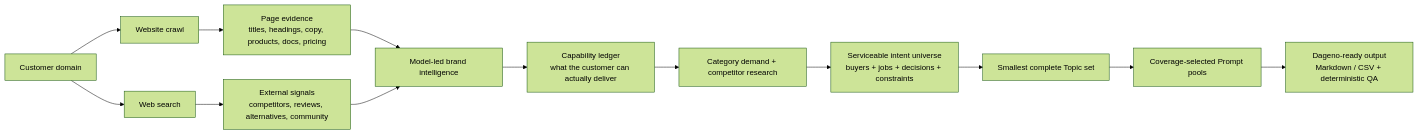
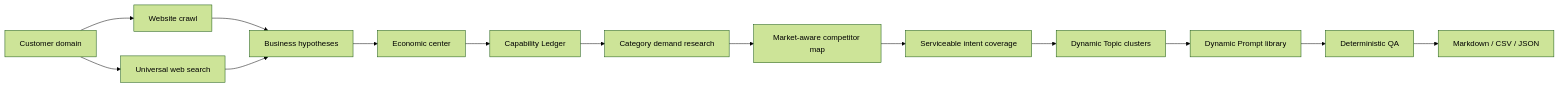
One commit to dageno-agents/dageno-online-topic-prompt-generator changed the diagram in README.md. Above: the diagram before and after it, drawn with Mermaid (forest theme). The commit also changed other lines of this file and 5 other files, not shown here.

Commit message:
Upgrade evidence-first Topic Prompt generation (#1)

````diff
--- a/README.md
+++ b/README.md
@@ -70,15 +42,16 @@
 ```mermaid
 flowchart LR
   A["Customer domain"] --> B["Website crawl"]
-  B --> C["Page evidence<br/>titles, headings, copy, products, docs, pricing"]
-  A --> D["Web search"]
-  D --> E["External signals<br/>competitors, reviews, alternatives, community"]
-  C --> F["Model-led brand intelligence"]
-  E --> F
-  F --> G["Capability ledger<br/>what the customer can actually deliver"]
-  G --> H["Category demand + competitor research"]
-  H --> I["Serviceable intent universe<br/>buyers + jobs + decisions + constraints"]
-  I --> J["Smallest complete Topic set"]
-  J --> K["Coverage-selected Prompt pools"]
-  K --> L["Dageno-ready output<br/>Markdown / CSV + deterministic QA"]
+  A --> C["Universal web search"]
+  B --> D["Business hypotheses"]
+  C --> D
+  D --> E["Economic center"]
+  E --> F["Capability Ledger"]
+  F --> G["Category demand research"]
+  G --> H["Market-aware competitor map"]
+  H --> I["Serviceable intent coverage"]
+  I --> J["Dynamic Topic clusters"]
+  J --> K["Dynamic Prompt library"]
+  K --> L["Deterministic QA"]
+  L --> M["Markdown / CSV / JSON"]
 ```
````
